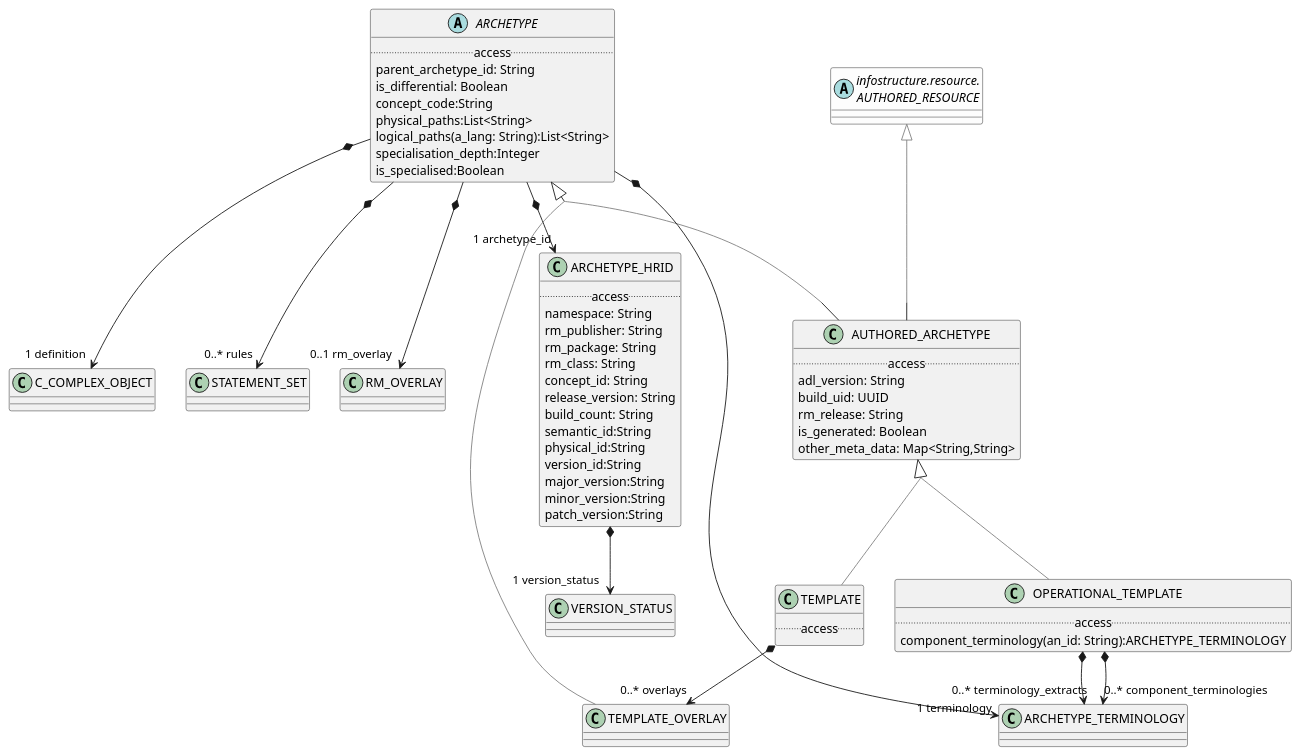
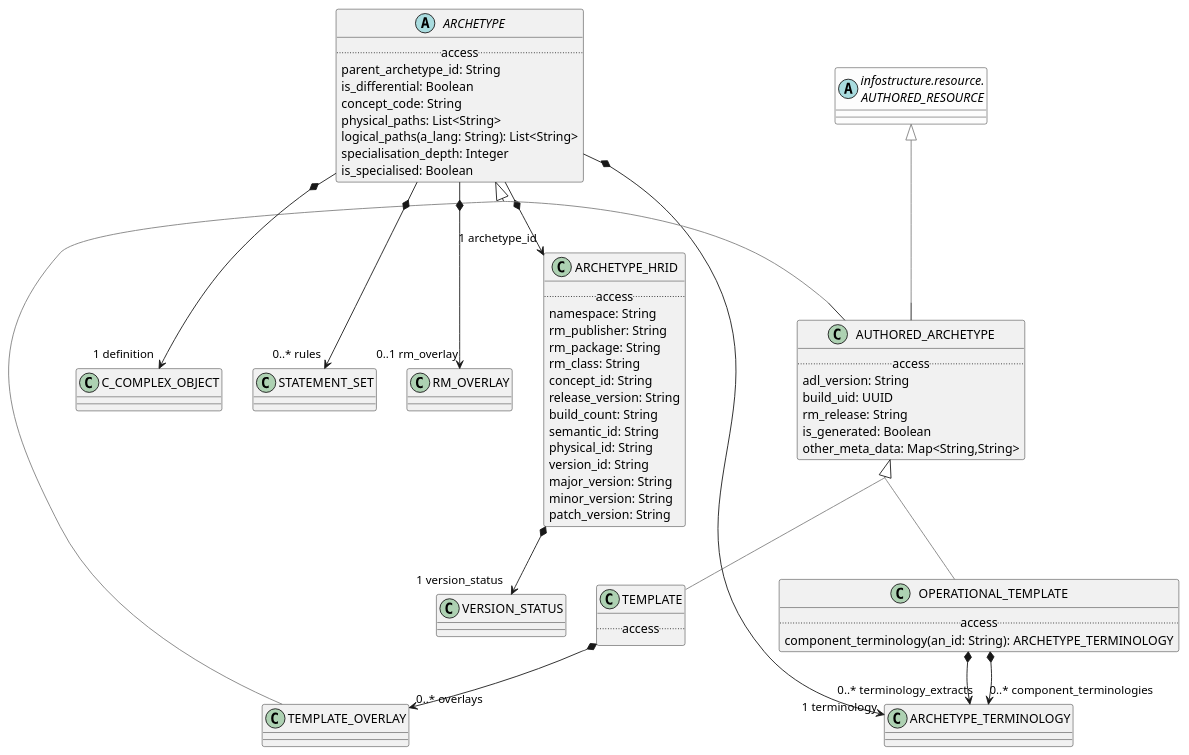
One commit to wolandscat/openehr-doc changed the diagram in modules/ROOT/examples/bmm/languages/aom2/archetype/archetype-package-uml.adoc. Above: the diagram before and after it, drawn with PlantUML. The commit also changed 293 other files, not shown here.

Commit message:
Regen with tweaks to UML output and correct metatypes for nested generics.

```diff
--- a/modules/ROOT/examples/bmm/languages/aom2/archetype/archetype-package-uml.adoc
+++ b/modules/ROOT/examples/bmm/languages/aom2/archetype/archetype-package-uml.adoc
@@ -6,9 +6,15 @@
 skinparam citedClassColor #FDFDFD
 
 
+class TEMPLATE_OVERLAY [[/openehr-doc/latest/languages/aom2-gen.html#_class_template_overlay]] {
+}
+
+TEMPLATE_OVERLAY -[#gray]up-|> ARCHETYPE  
+
+
 class OPERATIONAL_TEMPLATE [[/openehr-doc/latest/languages/aom2-gen.html#_class_operational_template]] {
         .. access ..
-        component_terminology(an_id: String):ARCHETYPE_TERMINOLOGY
+        component_terminology(an_id: String): ARCHETYPE_TERMINOLOGY
 }
 
 OPERATIONAL_TEMPLATE -[#gray]up-|> AUTHORED_ARCHETYPE  
@@ -17,6 +23,57 @@
 OPERATIONAL_TEMPLATE *--> "0..* component_terminologies" ARCHETYPE_TERMINOLOGY
 
 OPERATIONAL_TEMPLATE *--> "0..* terminology_extracts" ARCHETYPE_TERMINOLOGY
+
+class ARCHETYPE_HRID [[/openehr-doc/latest/languages/aom2-gen.html#_class_archetype_hrid]] {
+        .. access ..
+        namespace: String
+        rm_publisher: String
+        rm_package: String
+        rm_class: String
+        concept_id: String
+        release_version: String
+        build_count: String
+        semantic_id: String
+        physical_id: String
+        version_id: String
+        major_version: String
+        minor_version: String
+        patch_version: String
+}
+
+
+ARCHETYPE_HRID *--> "1 version_status" VERSION_STATUS
+
+class TEMPLATE [[/openehr-doc/latest/languages/aom2-gen.html#_class_template]] {
+        .. access ..
+}
+
+TEMPLATE -[#gray]up-|> AUTHORED_ARCHETYPE  
+
+
+TEMPLATE *--> "0..* overlays" TEMPLATE_OVERLAY
+
+abstract class ARCHETYPE [[/openehr-doc/latest/languages/aom2-gen.html#_class_archetype]] {
+        .. access ..
+        parent_archetype_id: String
+        is_differential: Boolean
+        concept_code: String
+        physical_paths: List<String>
+        logical_paths(a_lang: String): List<String>
+        specialisation_depth: Integer
+        is_specialised: Boolean
+}
+
+
+ARCHETYPE *--> "1 archetype_id" ARCHETYPE_HRID
+
+ARCHETYPE *--> "1 definition" C_COMPLEX_OBJECT
+
+ARCHETYPE *--> "1 terminology" ARCHETYPE_TERMINOLOGY
+
+ARCHETYPE *--> "0..* rules" STATEMENT_SET
+
+ARCHETYPE *--> "0..1 rm_overlay" RM_OVERLAY
 
 class AUTHORED_ARCHETYPE [[/openehr-doc/latest/languages/aom2-gen.html#_class_authored_archetype]] {
         .. access ..
@@ -32,63 +89,6 @@
 
 AUTHORED_ARCHETYPE -[#gray]up-|> AUTHORED_RESOURCE  
 
-
-abstract class ARCHETYPE [[/openehr-doc/latest/languages/aom2-gen.html#_class_archetype]] {
-        .. access ..
-        parent_archetype_id: String
-        is_differential: Boolean
-        concept_code:String
-        physical_paths:List<String>
-        logical_paths(a_lang: String):List<String>
-        specialisation_depth:Integer
-        is_specialised:Boolean
-}
-
-
-ARCHETYPE *--> "1 archetype_id" ARCHETYPE_HRID
-
-ARCHETYPE *--> "1 definition" C_COMPLEX_OBJECT
-
-ARCHETYPE *--> "1 terminology" ARCHETYPE_TERMINOLOGY
-
-ARCHETYPE *--> "0..* rules" STATEMENT_SET
-
-ARCHETYPE *--> "0..1 rm_overlay" RM_OVERLAY
-
-class ARCHETYPE_HRID [[/openehr-doc/latest/languages/aom2-gen.html#_class_archetype_hrid]] {
-        .. access ..
-        namespace: String
-        rm_publisher: String
-        rm_package: String
-        rm_class: String
-        concept_id: String
-        release_version: String
-        build_count: String
-        semantic_id:String
-        physical_id:String
-        version_id:String
-        major_version:String
-        minor_version:String
-        patch_version:String
-}
-
-
-ARCHETYPE_HRID *--> "1 version_status" VERSION_STATUS
-
-class TEMPLATE_OVERLAY [[/openehr-doc/latest/languages/aom2-gen.html#_class_template_overlay]] {
-}
-
-TEMPLATE_OVERLAY -[#gray]up-|> ARCHETYPE  
-
-
-class TEMPLATE [[/openehr-doc/latest/languages/aom2-gen.html#_class_template]] {
-        .. access ..
-}
-
-TEMPLATE -[#gray]up-|> AUTHORED_ARCHETYPE  
-
-
-TEMPLATE *--> "0..* overlays" TEMPLATE_OVERLAY
 abstract class "infostructure.resource.\nAUTHORED_RESOURCE" as AUTHORED_RESOURCE  [[/openehr-doc/latest/infostructure/resource-gen.html#_class_authored_resource]] #FDFDFD {
 }
 
```
